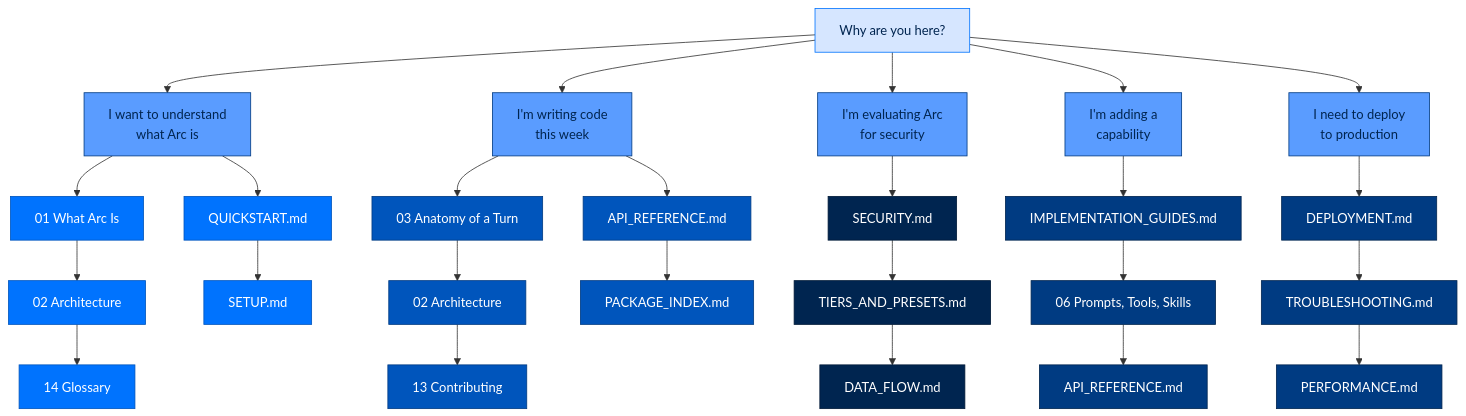
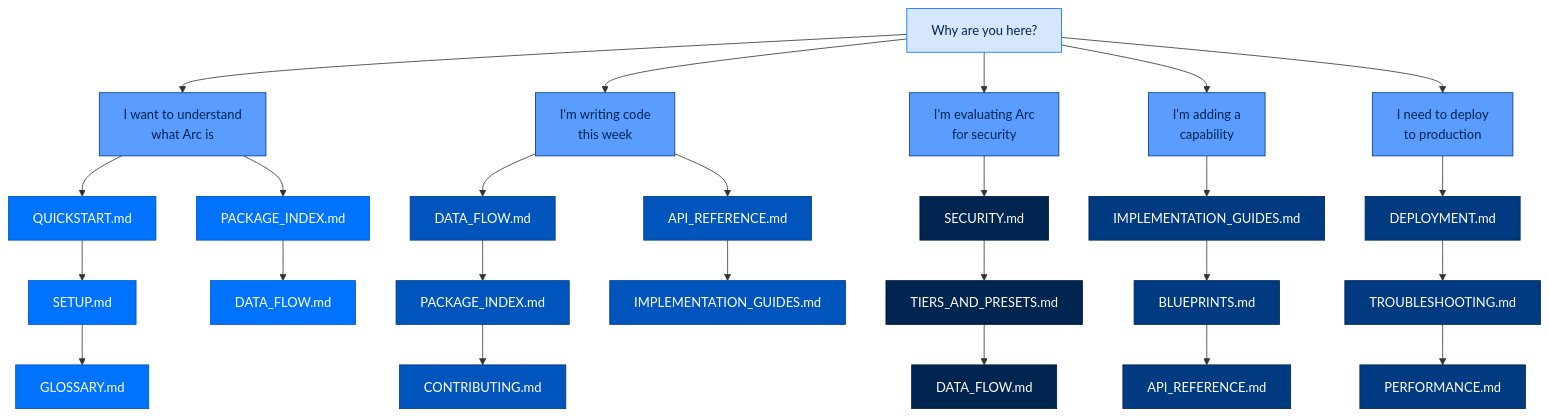
Before and after one commit to joshuamschultz/Arc: the diagram in docs/README.md, drawn with Mermaid. The commit also changed other lines of this file and 31 other files, not shown here.

````diff
--- a/docs/README.md
+++ b/docs/README.md
@@ -138,33 +136,33 @@
 ```mermaid
 flowchart TB
     classDef entry   fill:#D6E6FF,stroke:#0073FE,color:#002550
     classDef surface fill:#5A9CFF,stroke:#003B82,color:#002550
     classDef agent   fill:#0073FE,stroke:#0055BC,color:#FFFFFF
     classDef runtime fill:#0055BC,stroke:#003B82,color:#FFFFFF
     classDef llm     fill:#003B82,stroke:#002550,color:#FFFFFF
     classDef found   fill:#002550,stroke:#001A38,color:#FFFFFF
 
     START["Why are you here?"]
 
     START --> A["I want to understand<br/>what Arc is"]
     START --> B["I'm writing code<br/>this week"]
     START --> C["I'm evaluating Arc<br/>for security"]
     START --> D["I'm adding a<br/>capability"]
     START --> E["I need to deploy<br/>to production"]
 
-    A --> A1["01 What Arc Is"] --> A2["02 Architecture"] --> A3["14 Glossary"]
-    A --> A4["QUICKSTART.md"] --> A5["SETUP.md"]
-    B --> B1["03 Anatomy of a Turn"] --> B2["02 Architecture"] --> B3["13 Contributing"]
-    B --> B4["API_REFERENCE.md"] --> B5["PACKAGE_INDEX.md"]
+    A --> A1["QUICKSTART.md"] --> A2["SETUP.md"] --> A3["GLOSSARY.md"]
+    A --> A4["PACKAGE_INDEX.md"] --> A5["DATA_FLOW.md"]
+    B --> B1["DATA_FLOW.md"] --> B2["PACKAGE_INDEX.md"] --> B3["CONTRIBUTING.md"]
+    B --> B4["API_REFERENCE.md"] --> B5["IMPLEMENTATION_GUIDES.md"]
     C --> C1["SECURITY.md"] --> C2["TIERS_AND_PRESETS.md"] --> C3["DATA_FLOW.md"]
-    D --> D1["IMPLEMENTATION_GUIDES.md"] --> D2["06 Prompts, Tools, Skills"] --> D3["API_REFERENCE.md"]
+    D --> D1["IMPLEMENTATION_GUIDES.md"] --> D2["BLUEPRINTS.md"] --> D3["API_REFERENCE.md"]
     E --> E1["DEPLOYMENT.md"] --> E2["TROUBLESHOOTING.md"] --> E3["PERFORMANCE.md"]
 
     class START entry
     class A,B,C,D,E surface
     class A1,A2,A3,A4,A5 agent
     class B1,B2,B3,B4,B5 runtime
     class C1,C2,C3 found
     class D1,D2,D3 llm
     class E1,E2,E3 llm
 ```
````
